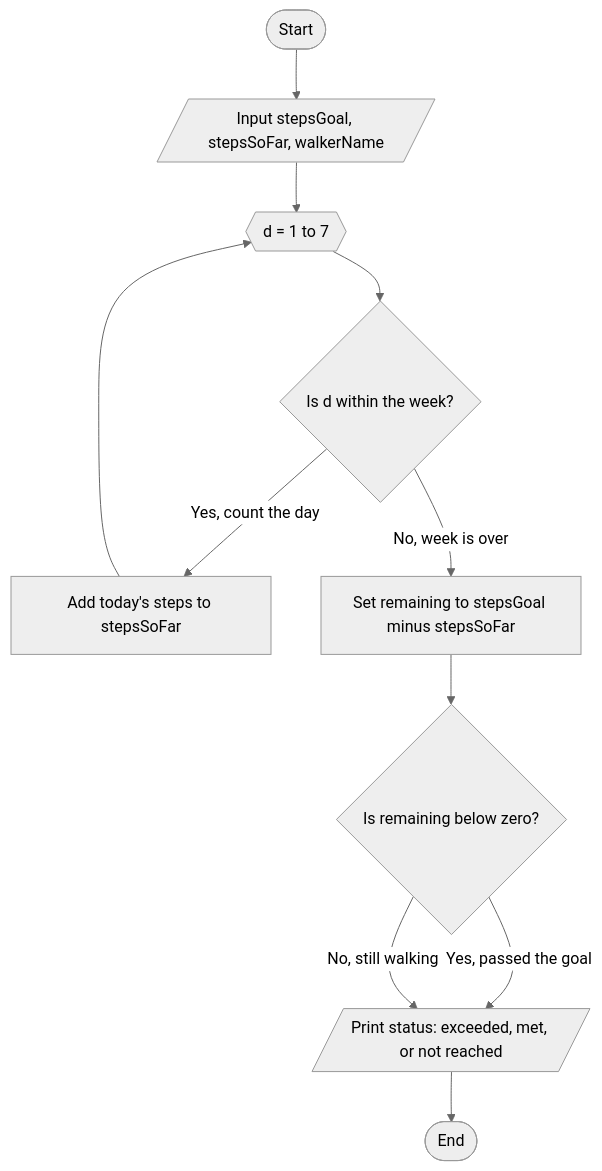
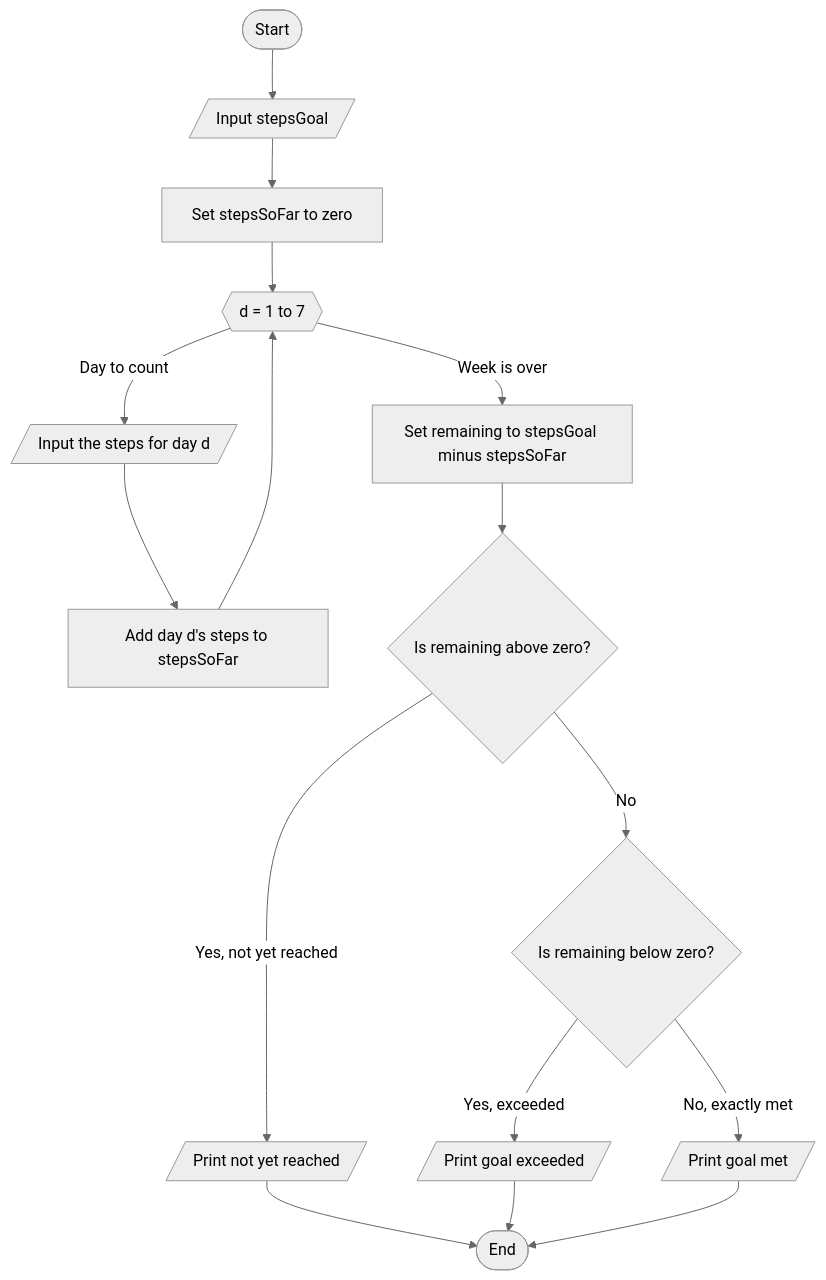
Before and after one commit to shuff57/shCode: the diagram in lessons/2-7-4-ch2-individual-pa-chart-it/solution/chart-step-counter.mmd, drawn with Mermaid (neutral theme). The commit also changed 5 other files, not shown here.

First line of the commit message:
fix(tests): reference charts match their own problems; 2.7.4 page says a switch is chained diamonds

```diff
--- a/lessons/2-7-4-ch2-individual-pa-chart-it/solution/chart-step-counter.mmd
+++ b/lessons/2-7-4-ch2-individual-pa-chart-it/solution/chart-step-counter.mmd
@@ -1,20 +1,29 @@
 flowchart TD
   A([Start])
-  B[/Input stepsGoal, stepsSoFar, walkerName/]
-  C{{d = 1 to 7}}
-  D{Is d within the week?}
-  E[Add today's steps to stepsSoFar]
-  F[Set remaining to stepsGoal minus stepsSoFar]
-  G{Is remaining below zero?}
-  H[/Print status: exceeded, met, or not reached/]
+  B[/Input stepsGoal/]
+  C[Set stepsSoFar to zero]
+  D{{d = 1 to 7}}
+  E[/Input the steps for day d/]
+  F[Add day d's steps to stepsSoFar]
+  G[Set remaining to stepsGoal minus stepsSoFar]
+  H{Is remaining above zero?}
+  I[/Print not yet reached/]
+  J{Is remaining below zero?}
+  K[/Print goal exceeded/]
+  L[/Print goal met/]
   Z([End])
   A --> B
   B --> C
   C --> D
-  D -- Yes, count the day --> E
-  D -- No, week is over --> F
-  E --> C
-  F --> G
-  G -- Yes, passed the goal --> H
-  G -- No, still walking --> H
-  H --> Z
+  D -- "Day to count" --> E
+  E --> F
+  F --> D
+  D -- "Week is over" --> G
+  G --> H
+  H -- "Yes, not yet reached" --> I
+  H -- "No" --> J
+  J -- "Yes, exceeded" --> K
+  J -- "No, exactly met" --> L
+  I --> Z
+  K --> Z
+  L --> Z
```
